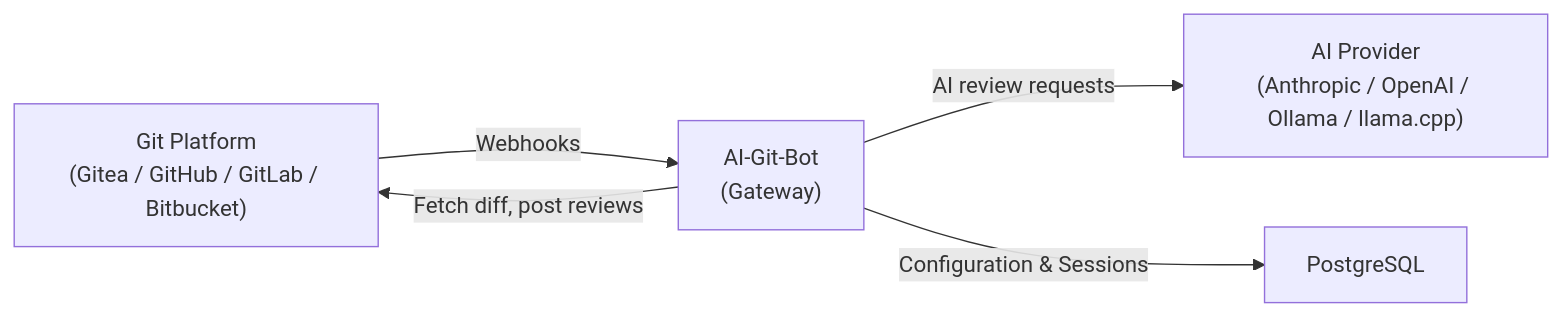
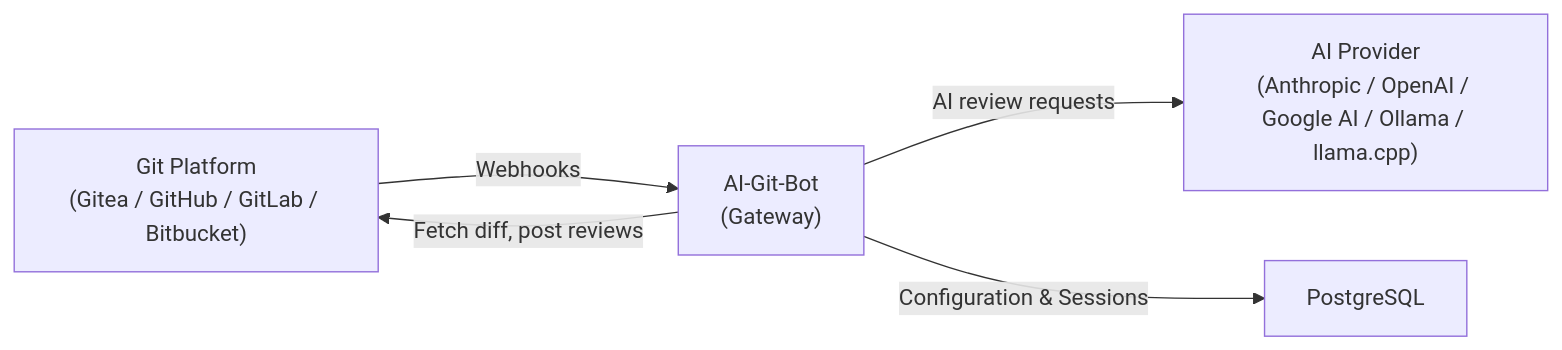
Before and after one commit to rmie/ai-git-bot: the second of 2 diagrams in README.md, drawn with Mermaid. The commit also changed other lines of this file and 7 other files, not shown here.

First line of the commit message:
Add Google AI provider support

````diff
--- a/README.md
+++ b/README.md
@@ -302,12 +306,12 @@
 ```mermaid
 graph LR
     Git["Git Platform<br/>(Gitea / GitHub / GitLab / Bitbucket)"]
     Bot["AI-Git-Bot<br/>(Gateway)"]
-    AI["AI Provider<br/>(Anthropic / OpenAI / Ollama / llama.cpp)"]
+    AI["AI Provider<br/>(Anthropic / OpenAI / Google AI / Ollama / llama.cpp)"]
     DB["PostgreSQL"]
 
     Git -- "Webhooks" --> Bot
     Bot -- "Fetch diff, post reviews" --> Git
     Bot -- "AI review requests" --> AI
     Bot -- "Configuration & Sessions" --> DB
 ```
````
